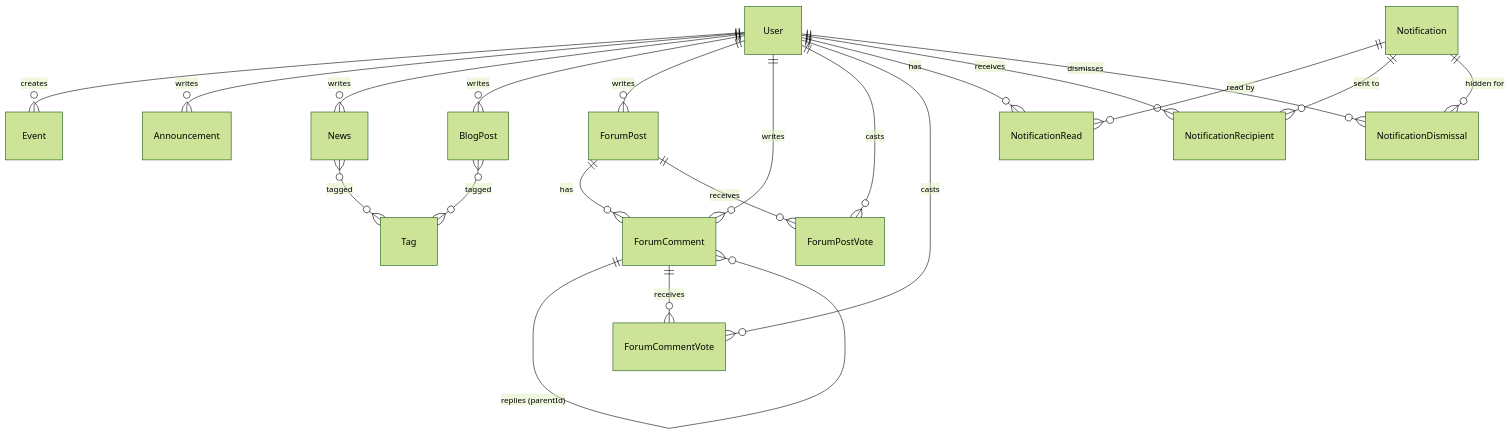
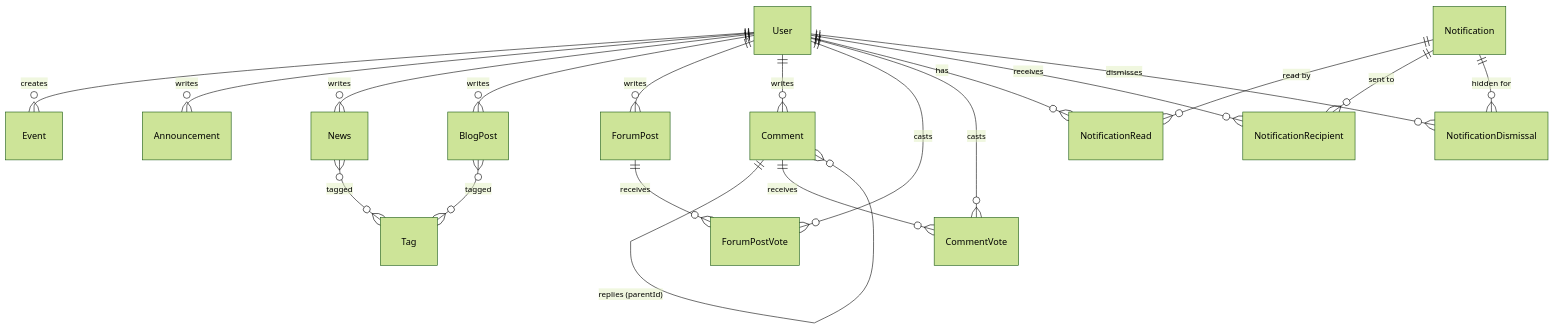
The diagram in docs/schema.md (cyborgoat/teamorbit), drawn with Mermaid (forest theme) before and after one commit. The commit also changed other lines of this file and 50 other files, not shown here.

````diff
--- a/docs/schema.md
+++ b/docs/schema.md
@@ -22,23 +22,22 @@
 ```mermaid
 erDiagram
   News }o--o{ Tag : tagged
   BlogPost }o--o{ Tag : tagged
   User ||--o{ Event : creates
   User ||--o{ Announcement : writes
   User ||--o{ News : writes
   User ||--o{ BlogPost : writes
   User ||--o{ ForumPost : writes
-  User ||--o{ ForumComment : writes
+  User ||--o{ Comment : writes
   User ||--o{ ForumPostVote : casts
-  User ||--o{ ForumCommentVote : casts
+  User ||--o{ CommentVote : casts
   User ||--o{ NotificationRead : has
   User ||--o{ NotificationRecipient : receives
   User ||--o{ NotificationDismissal : dismisses
-  ForumPost ||--o{ ForumComment : has
   ForumPost ||--o{ ForumPostVote : receives
-  ForumComment ||--o{ ForumComment : "replies (parentId)"
-  ForumComment ||--o{ ForumCommentVote : receives
+  Comment ||--o{ Comment : "replies (parentId)"
+  Comment ||--o{ CommentVote : receives
   Notification ||--o{ NotificationRead : "read by"
   Notification ||--o{ NotificationRecipient : "sent to"
   Notification ||--o{ NotificationDismissal : "hidden for"
 ```
````
